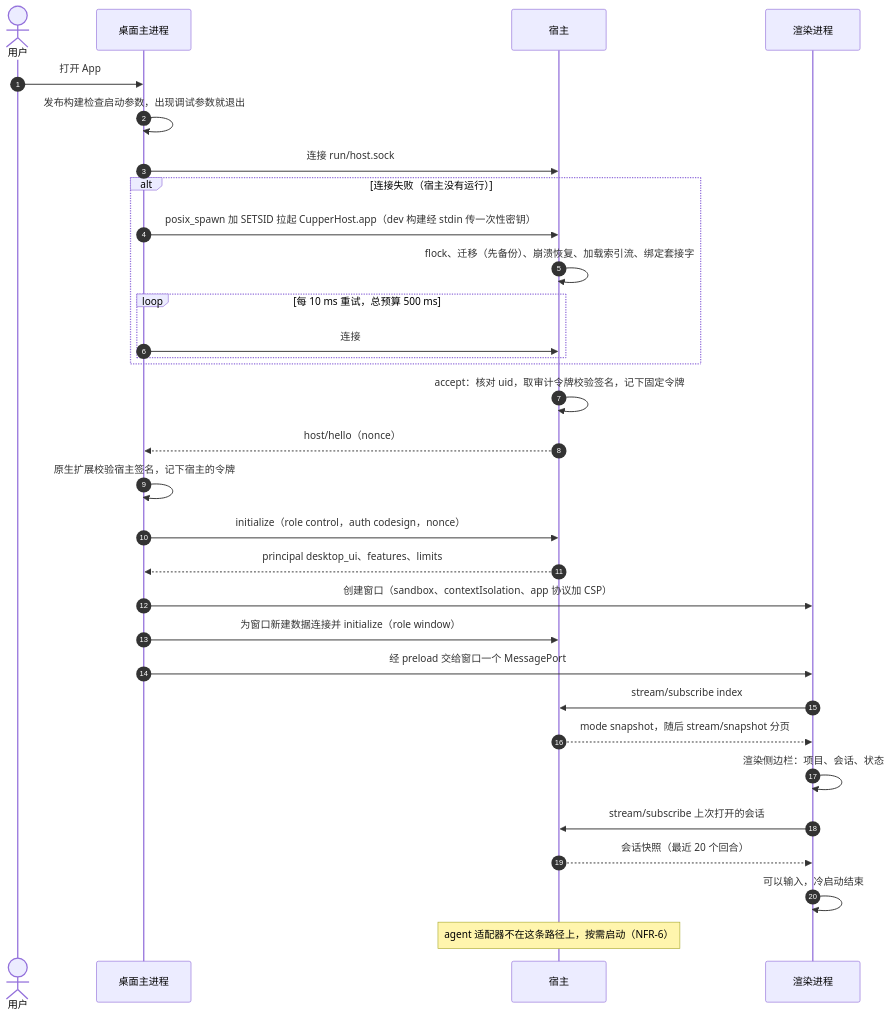
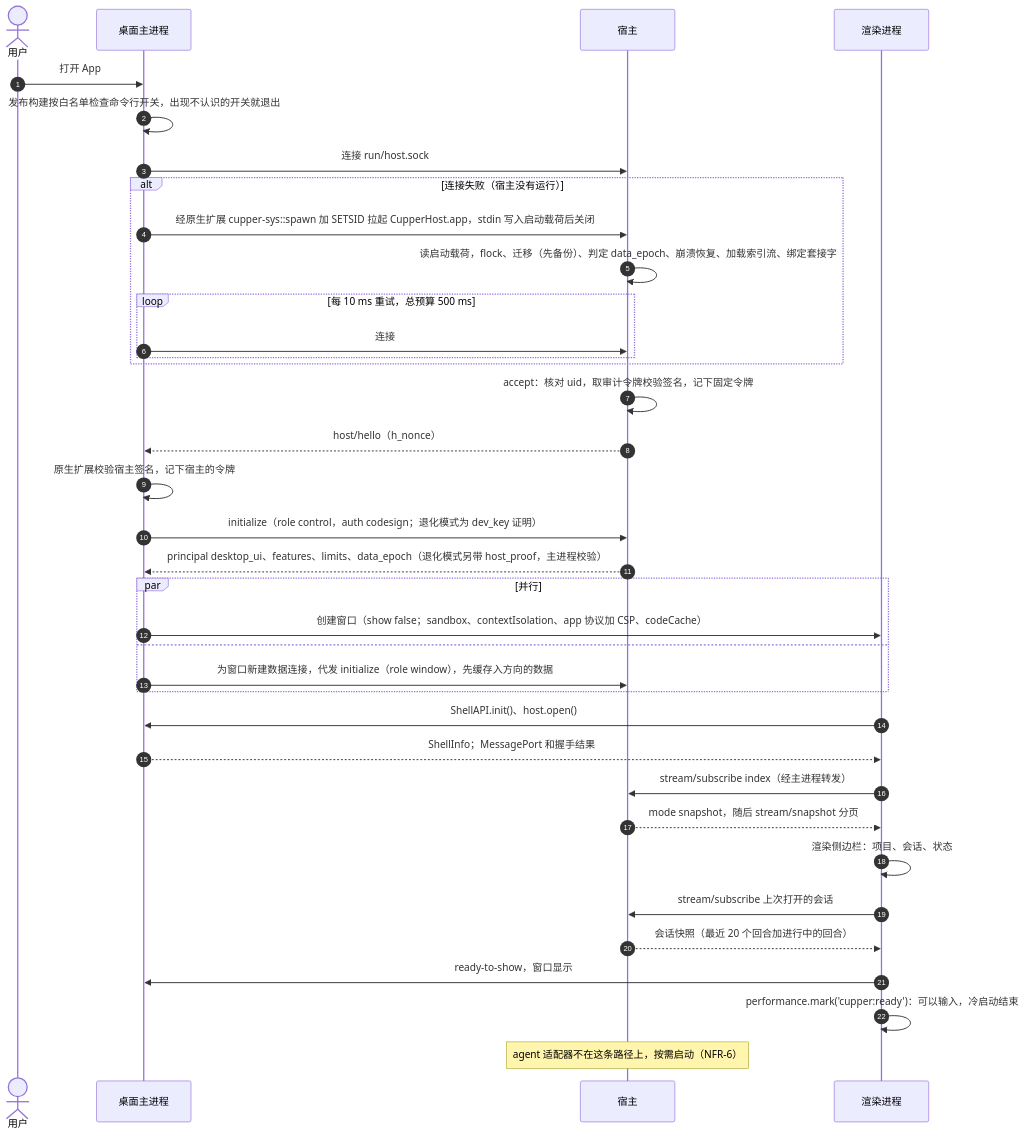
The first of 11 diagrams in docs/design/05-flows.md (boris-w/cupper), drawn with Mermaid before and after one commit. The commit also changed 2 other files, not shown here.

Commit message:
docs(design): specify desktop contracts, review document and real input
Desktop #1-#6 and #12, security #4-#7, test #13, minutes D1, D6 and D7.
Rewrite 5.7: per-document data connection lifecycle, byte-chunk inbound
forwarding with re-serialized outbound messages, apply-then-ack flow
control, the main-process measurement gate defined by subscription
limits, the async ShellAPI with review document URL and open command
IDs, folding and card rules, the cross-origin review document with its
message protocol and injection tests, Trusted Types without a default
policy, and the merged real-input rules. Builds use the dev.cupper
prefix and per-flavor URL schemes.

Refs: D02

````diff
--- a/docs/design/05-flows.md
+++ b/docs/design/05-flows.md
@@ -9,33 +9,38 @@
 ```mermaid
 sequenceDiagram
   autonumber
   actor U as 用户
   participant M as 桌面主进程
   participant H as 宿主
   participant R as 渲染进程
   U->>M: 打开 App
-  M->>M: 发布构建检查启动参数，出现调试参数就退出
+  M->>M: 发布构建按白名单检查命令行开关，出现不认识的开关就退出
   M->>H: 连接 run/host.sock
   alt 连接失败（宿主没有运行）
-    M->>H: posix_spawn 加 SETSID 拉起 CupperHost.app（dev 构建经 stdin 传一次性密钥）
-    H->>H: flock、迁移（先备份）、崩溃恢复、加载索引流、绑定套接字
+    M->>H: 经原生扩展 cupper-sys::spawn 加 SETSID 拉起 CupperHost.app，stdin 写入启动载荷后关闭
+    H->>H: 读启动载荷，flock、迁移（先备份）、判定 data_epoch、崩溃恢复、加载索引流、绑定套接字
     loop 每 10 ms 重试，总预算 500 ms
       M->>H: 连接
     end
   end
   H->>H: accept：核对 uid，取审计令牌校验签名，记下固定令牌
-  H-->>M: host/hello（nonce）
+  H-->>M: host/hello（h_nonce）
   M->>M: 原生扩展校验宿主签名，记下宿主的令牌
-  M->>H: initialize（role control，auth codesign，nonce）
-  H-->>M: principal desktop_ui、features、limits
-  M->>R: 创建窗口（sandbox、contextIsolation、app 协议加 CSP）
-  M->>H: 为窗口新建数据连接并 initialize（role window）
-  M->>R: 经 preload 交给窗口一个 MessagePort
-  R->>H: stream/subscribe index
+  M->>H: initialize（role control，auth codesign；退化模式为 dev_key 证明）
+  H-->>M: principal desktop_ui、features、limits、data_epoch（退化模式另带 host_proof，主进程校验）
+  par 并行
+    M->>R: 创建窗口（show false；sandbox、contextIsolation、app 协议加 CSP、codeCache）
+  and
+    M->>H: 为窗口新建数据连接，代发 initialize（role window），先缓存入方向的数据
+  end
+  R->>M: ShellAPI.init()、host.open()
+  M-->>R: ShellInfo；MessagePort 和握手结果
+  R->>H: stream/subscribe index（经主进程转发）
   H-->>R: mode snapshot，随后 stream/snapshot 分页
   R->>R: 渲染侧边栏：项目、会话、状态
   R->>H: stream/subscribe 上次打开的会话
-  H-->>R: 会话快照（最近 20 个回合）
-  R->>R: 可以输入，冷启动结束
+  H-->>R: 会话快照（最近 20 个回合加进行中的回合）
+  R->>M: ready-to-show，窗口显示
+  R->>R: performance.mark('cupper:ready')：可以输入，冷启动结束
   Note over H: agent 适配器不在这条路径上，按需启动（NFR-6）
 ```
````
